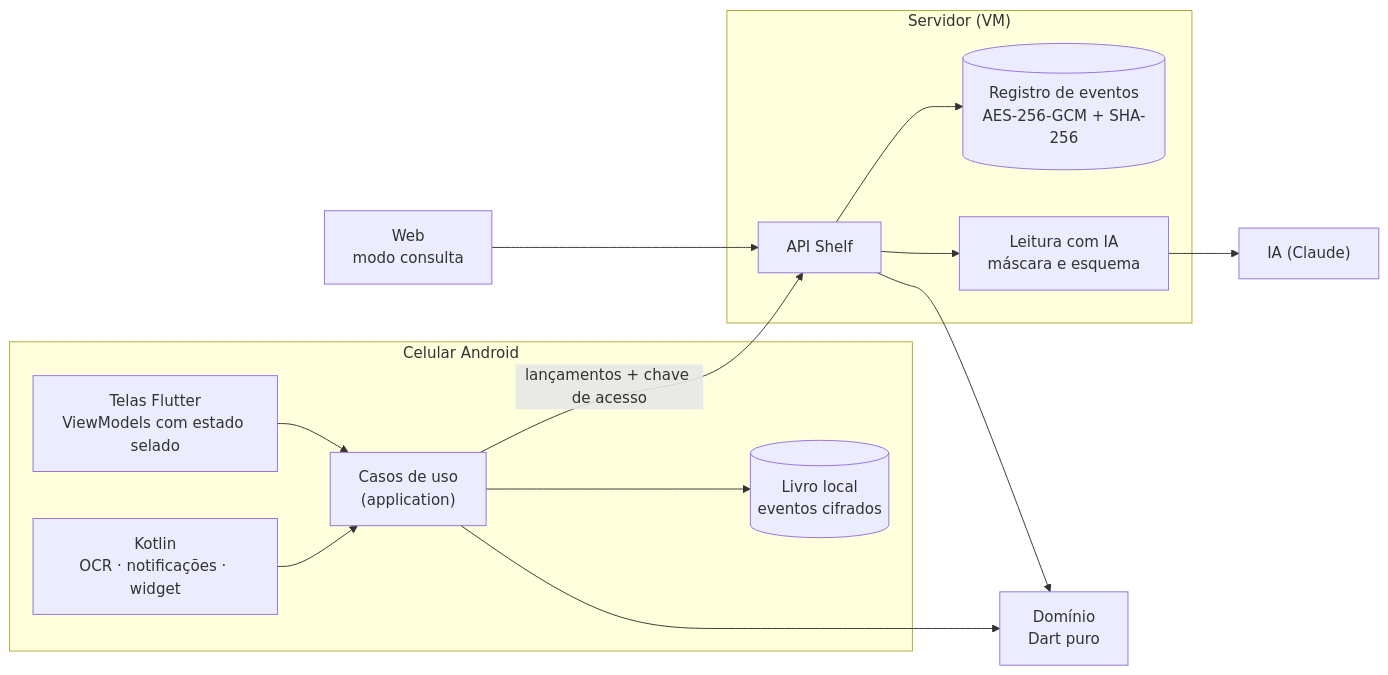
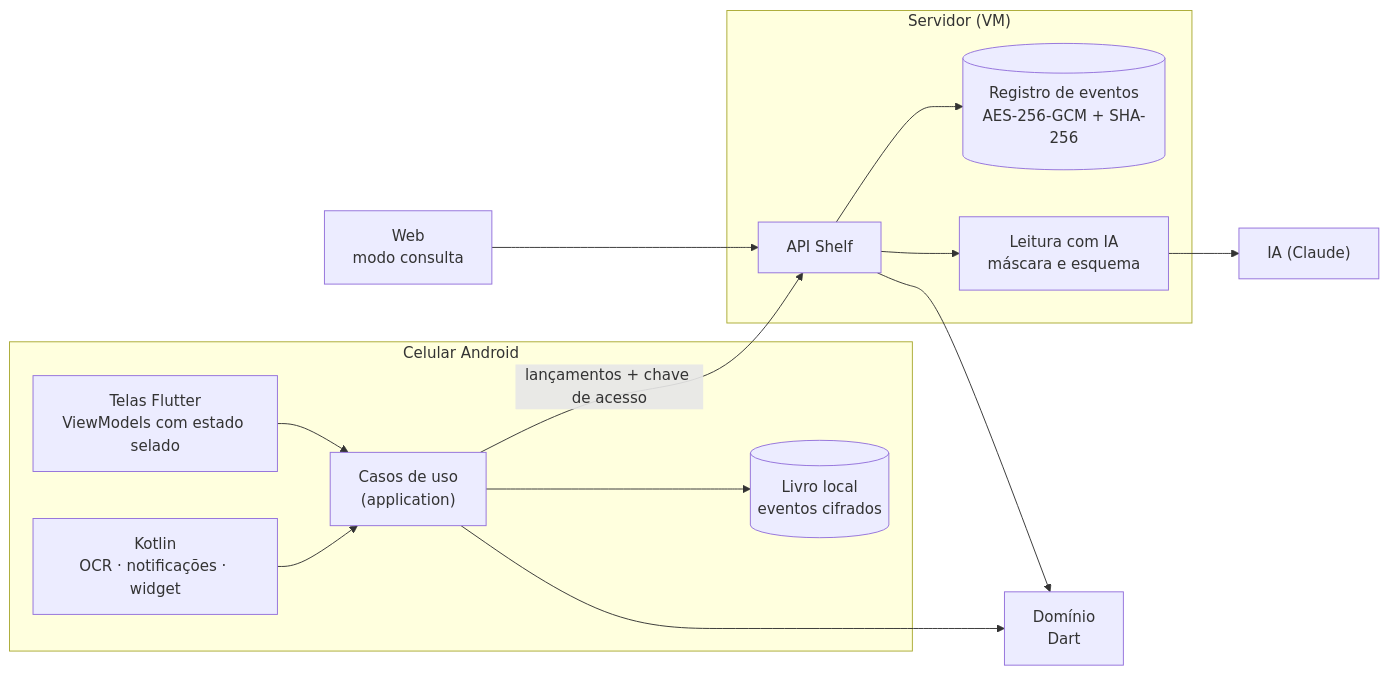
One commit to Marcos-Codfy/finance-cajui changed the first of 2 diagrams in README.md. Above: the diagram before and after it, drawn with Mermaid. The commit also changed other lines of this file and 1 other file, not shown here.

Commit message:
docs(readme): plainer wording, clearer statement flow, and no jargon

````diff
--- a/README.md
+++ b/README.md
@@ -145,26 +139,26 @@
 ```mermaid
 flowchart LR
   subgraph PHONE["Celular Android"]
     UI["Telas Flutter<br/>ViewModels com estado selado"]
     APP["Casos de uso<br/>(application)"]
     NAT["Kotlin<br/>OCR · notificações · widget"]
     LOG[("Livro local<br/>eventos cifrados")]
   end
-  DOM["Domínio<br/>Dart puro"]
+  DOM["Domínio<br/>Dart"]
   subgraph VM["Servidor (VM)"]
     API["API Shelf"]
     STORE[("Registro de eventos<br/>AES-256-GCM + SHA-256")]
     AI["Leitura com IA<br/>máscara e esquema"]
   end
   WEB["Web<br/>modo consulta"]
   DS["IA (Claude)"]
 
   UI --> APP --> DOM
   NAT --> APP
   APP --> LOG
   APP -- "lançamentos + chave de acesso" --> API
   WEB --> API
   API --> DOM
   API --> STORE
   API --> AI --> DS
 ```
````
